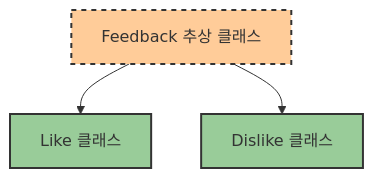
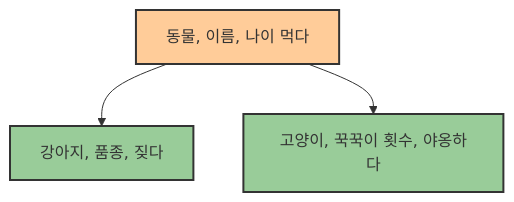
Before and after one commit to hanaoverride/data-scientist-cookbook-for-korean: the diagram in Chapter I. 기반지식 학습/2. 파이썬 기초/3. 객체 지향 프로그래밍/3. 클래스의 상속과 다형성.md, drawn with Mermaid. The commit also changed other lines of this file and 132 other files, not shown here.

````diff
--- a/Chapter I. 기반지식 학습/2. 파이썬 기초/3. 객체 지향 프로그래밍/3. 클래스의 상속과 다형성.md
+++ b/Chapter I. 기반지식 학습/2. 파이썬 기초/3. 객체 지향 프로그래밍/3. 클래스의 상속과 다형성.md
@@ -84,9 +21,9 @@
 ```mermaid
 graph TD
-    A[Feedback 추상 클래스] --> B[Like 클래스]
-    A --> C[Dislike 클래스]
+    A[동물, 이름, 나이 먹다] --> B[강아지, 품종, 짖다]
+    A --> C[고양이, 꾹꾹이 횟수, 야옹하다]
     
-    style A fill:#FFCC99,stroke:#333,stroke-width:2px,stroke-dasharray: 5 5
+    style A fill:#FFCC99,stroke:#333,stroke-width:2px
     style B fill:#99CC99,stroke:#333,stroke-width:2px
     style C fill:#99CC99,stroke:#333,stroke-width:2px
 ```
````
